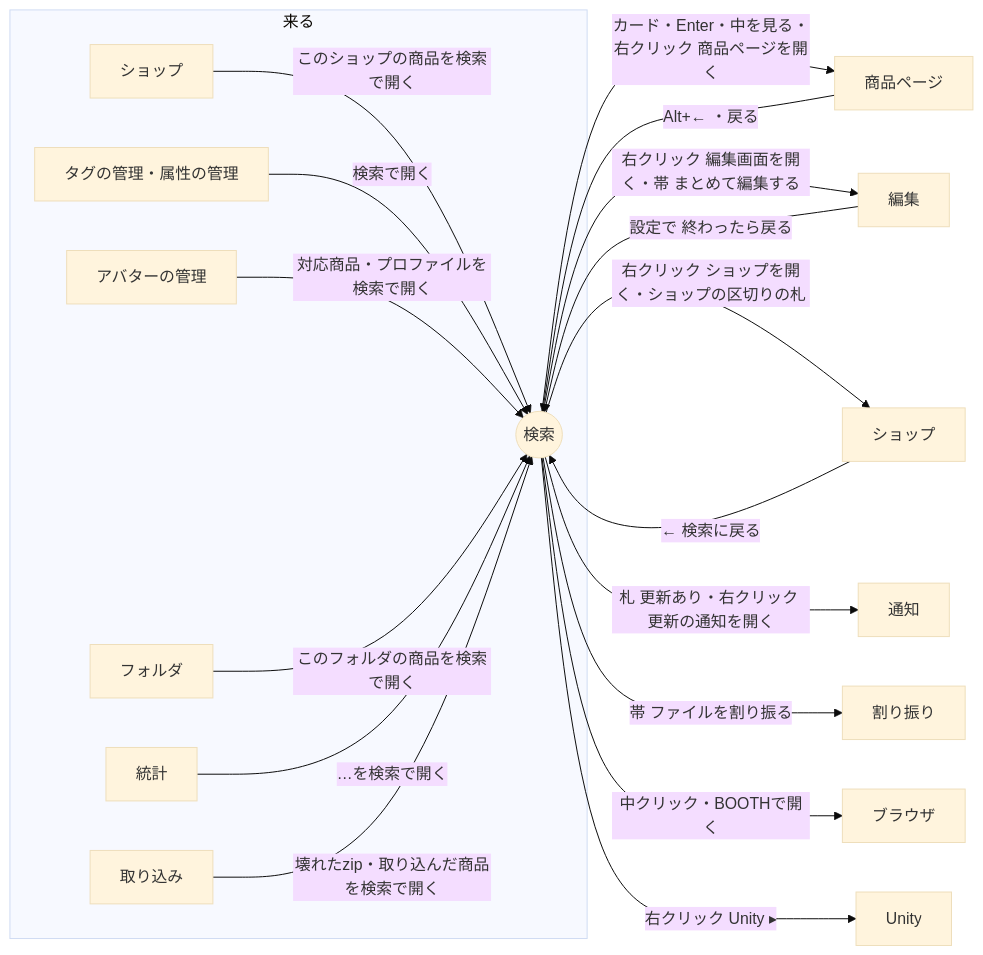
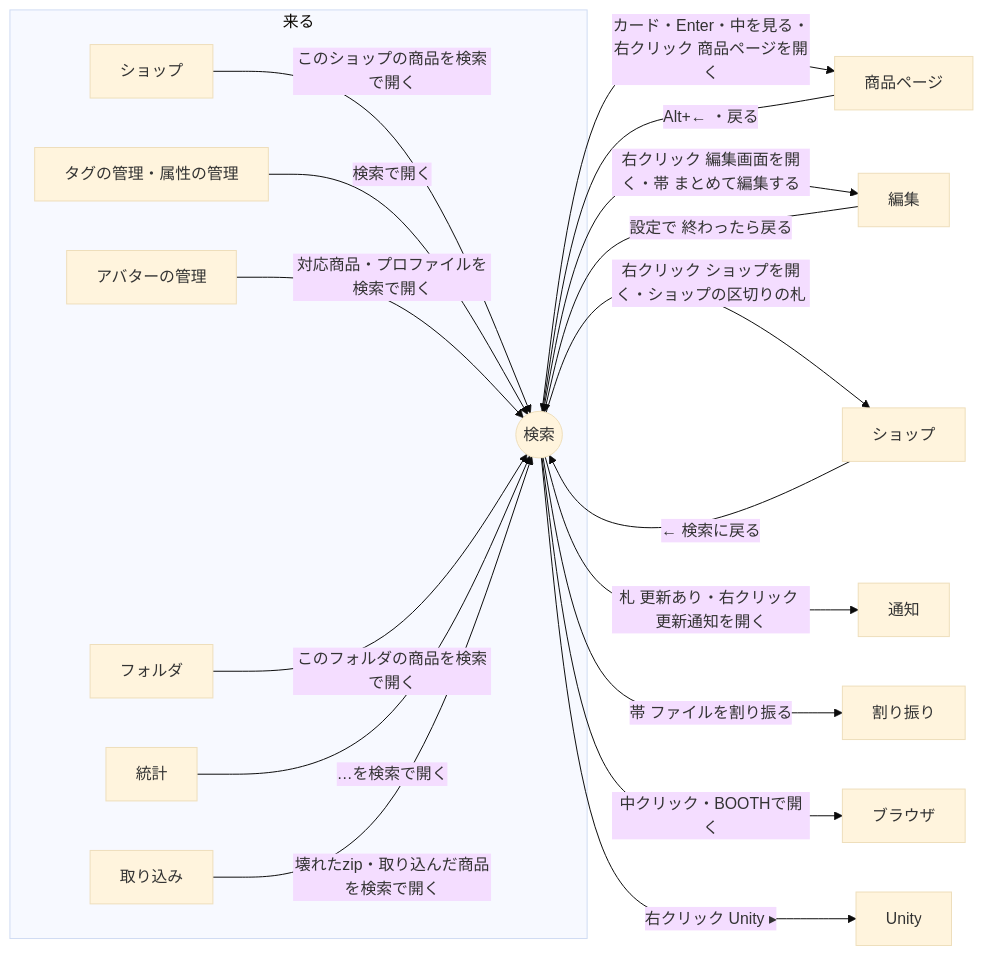
One commit to kumo-mayu/chmonos changed the diagram in docs/dev/ui-paths/search.md. Above: the diagram before and after it, drawn with Mermaid (base theme). The commit also changed other lines of this file and 39 other files, not shown here.

````diff
--- a/docs/dev/ui-paths/search.md
+++ b/docs/dev/ui-paths/search.md
@@ -75,22 +75,22 @@
 ```mermaid
 flowchart LR
   subgraph 来る
     Shop1[ショップ] -->|このショップの商品を検索で開く| S
     Tag[タグの管理・属性の管理] -->|検索で開く| S
     Av[アバターの管理] -->|対応商品・プロファイルを検索で開く| S
     Fo[フォルダ] -->|このフォルダの商品を検索で開く| S
     St[統計] -->|…を検索で開く| S
     Im[取り込み] -->|壊れたzip・取り込んだ商品を検索で開く| S
   end
   S((検索))
   S -->|カード・Enter・中を見る・右クリック 商品ページを開く| Item[商品ページ]
   S -->|右クリック 編集画面を開く・帯 まとめて編集する| Edit[編集]
   S -->|右クリック ショップを開く・ショップの区切りの札| Shop[ショップ]
-  S -->|札 更新あり・右クリック 更新の通知を開く| Inbox[通知]
+  S -->|札 更新あり・右クリック 更新通知を開く| Inbox[通知]
   S -->|帯 ファイルを割り振る| Assign[割り振り]
   S -->|中クリック・BOOTHで開く| Web[ブラウザ]
   S -->|右クリック Unity ▸| Unity[Unity]
   Item -->|Alt+← ・戻る| S
   Edit -->|設定で 終わったら戻る| S
   Shop -->|← 検索に戻る| S
 ```
````
